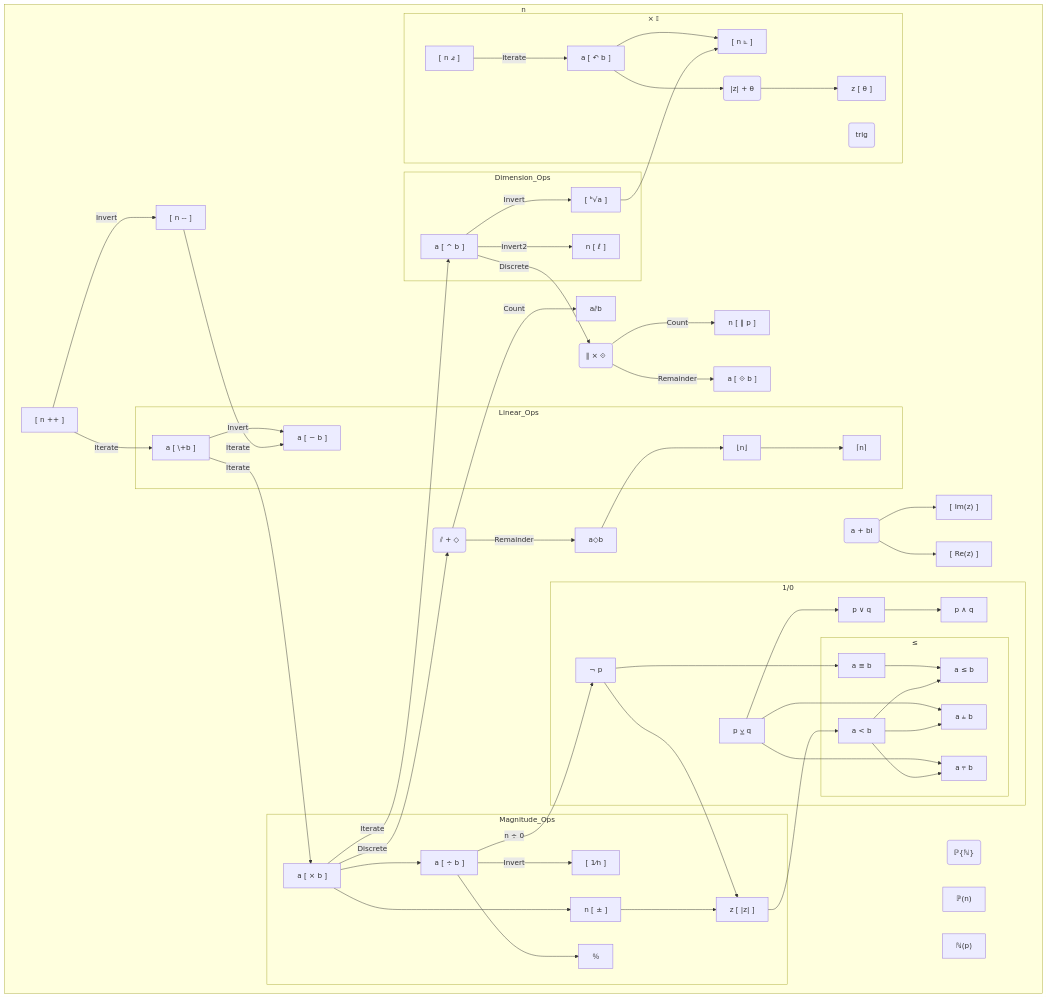
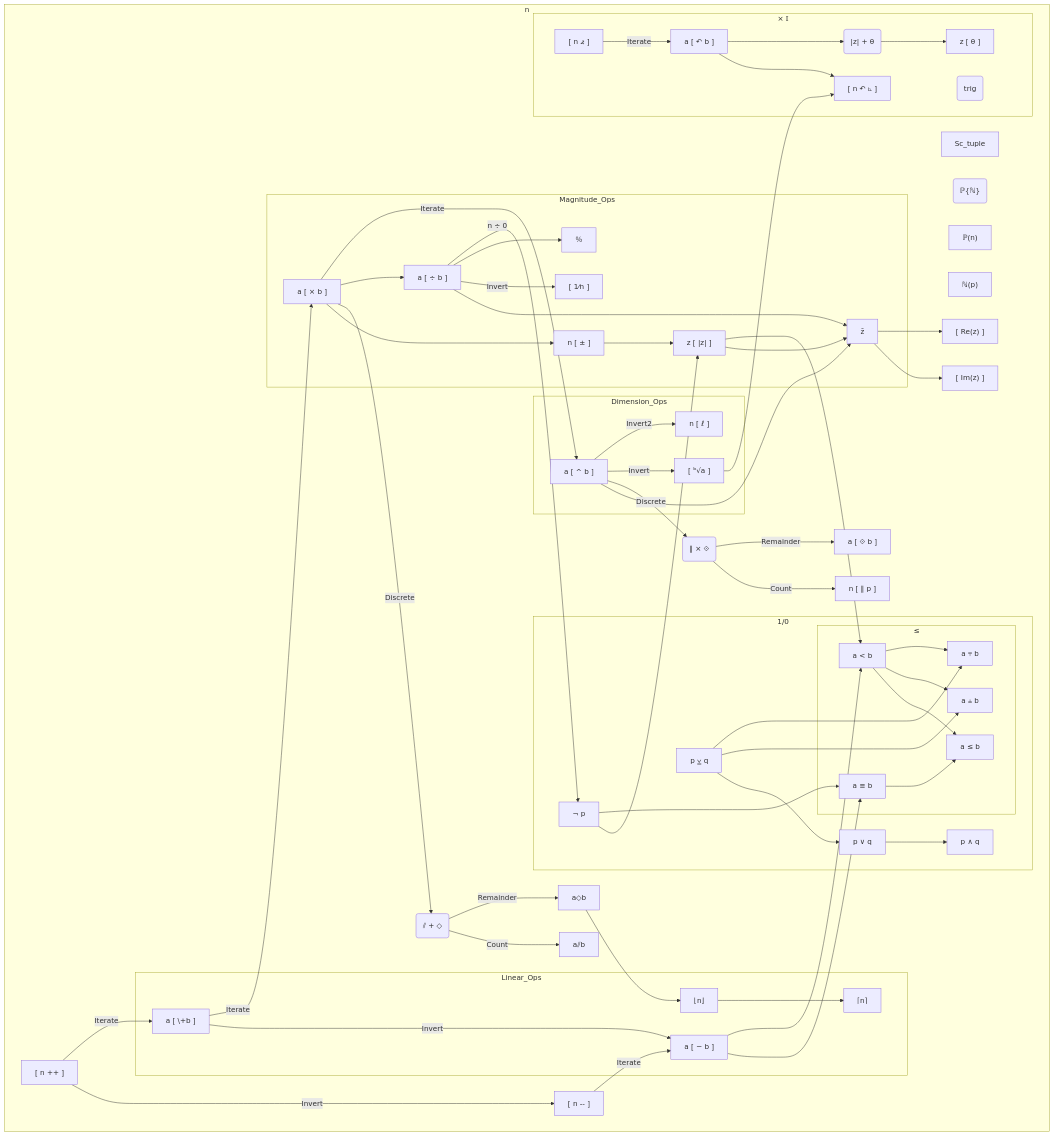
One commit to Gammapod/AutoCalc changed the diagram in docs/design_refs/dependency_map.mmd. Above: the diagram before and after it, drawn with Mermaid.

Commit message:
docs: refine dependency map for rotation and conjugate paths

```diff
--- a/docs/design_refs/dependency_map.mmd
+++ b/docs/design_refs/dependency_map.mmd
@@ -67,6 +67,7 @@
     subgraph Magnitude_Ops
         Mmul
         Mneg
+        Mconj
         Mmodulus
         Mdiv
         Mper
@@ -101,13 +102,14 @@
     %% Expanded form `[ 4 –– ]` -> `[ 4 ℤ{..3◌⃔4 5..} ]`
     %% Expanded form `[ 4 –– ]` -> `[ 4 ++⮌ ]`
     %% Completes ℤ with ++
-    Sc_tuple("a + bi")
-    %% %% Primitives
-    Sc_tuple --> Simag["[ Im(z) ]"]
-    %% %% Expanded form `[ Im(z) ]` -> `[ n - a ↶ 12 ] ]`
-    %% %% Returns the imaginary component (`b` from `a + b×i`) from part of n, 0 possible
-    Sc_tuple --> Sreal["[ Re(z) ]"]
-    %% %% Returns the non-imaginary component (`a` from `a + b×i`) from part of n, 0 possible
+    Mdiv --> Mconj
+    Epow --> Mconj
+    Mmodulus --> Mconj["z̄"]
+    %% Expanded form `[ (|z|^2) / z ]`
+    Mconj --> Simag["[ Im(z) ]"]
+    %% %% Expanded form `[ Im(z) ]` -> `[ (z - z̄) / 2i ]`
+    Mconj --> Sreal["[ Re(z) ]"]
+    %% %% Expanded form `[ Re(z) ]` -> `[ z + z̄) / 2i ]`
 
     Mdiv -->|Invert| Srecip["[ 1⁄n ]"]
     %% Expanded form `(4/3) [ 1⁄n ]` -> `[ 3 ÷ 4 ]` 
@@ -196,12 +198,12 @@
     %% Primitive
     %% Expanded form `[ 4 ⦨ ]` -> `[ 4 × e^(iπ/12)]`
     Rtwentyfourth -->|Iterate| Rrotate["a [ ↶ b ]"]
-    %% Expanded form `[ 4 ↶ 3 ]` -> `[ 4 × e^{i×2π×(3/24) ]`
+    %% Expanded form `[ 4 ↶ 3 ]` -> `[ 4 × e^{i×2π×(3/24)} ]`
     %% Expanded form `[ 4 ↶ 3 ]` -> `[ 4 ⦨ ⦨ ⦨ ]`
-    Rrotate --> Rquarter["[ n ⦜ ]"]
-    %% Expanded form `[ 4 ⦜ ]` -> `[ 4 ↶ 6 ]`
-    Eradical --> Rquarter["[ n ⦜ ]"]
-    %% Expanded form `[ 4 ⦜ ]` -> `[ 4 × √(-1) ]`
+    Rrotate --> Rquarter
+    %% Expanded form `[ 4 ↶ ⦜ ]` -> `[ 4 ↶ 6 ]`
+    Eradical --> Rquarter["[ n ↶ ⦜ ]"]
+    %% Expanded form `[ 4 ↶ ⦜ ]` -> `[ 4 × √(-1) ]`
     Rrotate --> Rc_tuple("|z| + θ")
 
     Rc_tuple --> Rtheta["z [ θ ]"]
@@ -224,8 +226,10 @@
     Bor --> Band["p ∧ q"]
     %% Expanded form `[ ¬(¬p ∨ ¬q) ]`
     
+    Lminus --> Beq
     Bnotp --> Beq["a ≡ b"]
-    %% Expanded form `[ ¬¬(1/(a-b)) ]`
+    %% Expanded form `[ ¬¬(1 / (a - b)) ]`
+    Lminus --> Bless
     Mmodulus --> Bless["a < b"]
     %% Expanded form `[ ¬¬(1 / ((b - a) + |b - a|)) ]`
     Beq --> Bnotgt
```
